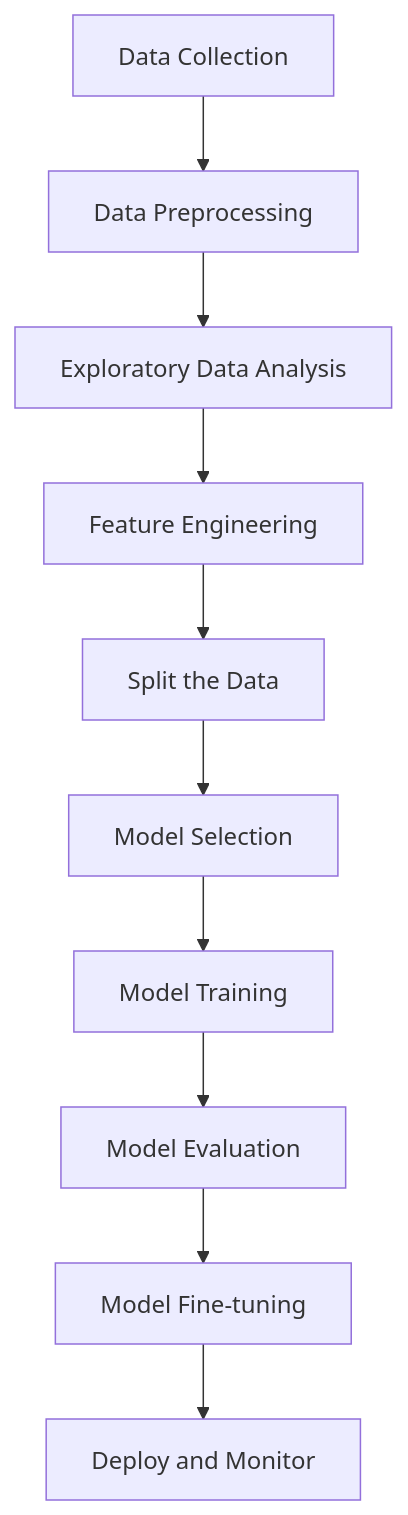
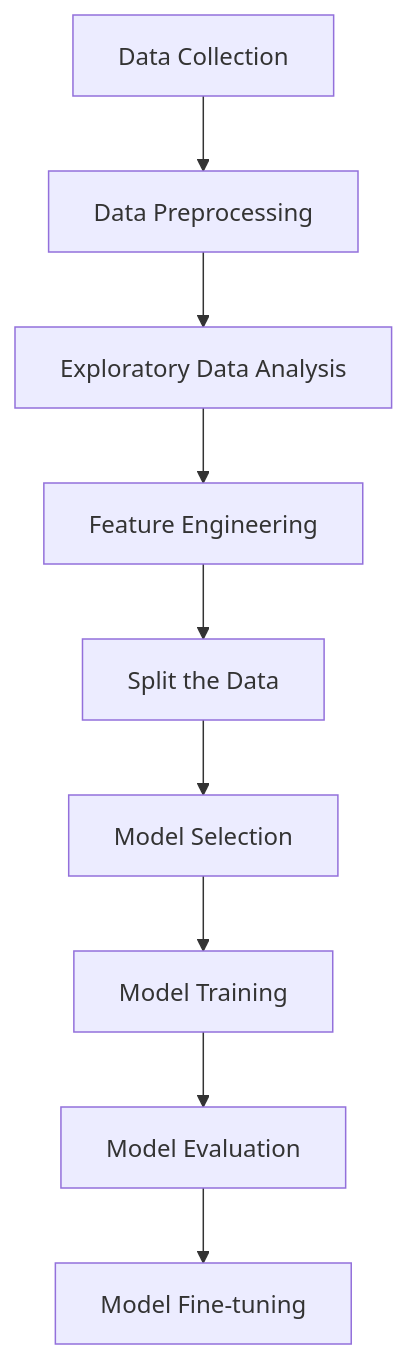
The diagram in README.md (Holarkunbi/usedCarPricePrediction), drawn with Mermaid before and after one commit. The commit also changed other lines of this file, not shown here.

````diff
--- a/README.md
+++ b/README.md
@@ -11,14 +11,13 @@
 ```mermaid
 graph TD
 A[Data Collection]
 A --> B[Data Preprocessing]
 B --> C[Exploratory Data Analysis]
 C --> D[Feature Engineering]
 D --> E[Split the Data]
 E --> F[Model Selection]
 F --> G[Model Training]
 G --> H[Model Evaluation]
 H --> I[Model Fine-tuning]
-I --> J[Deploy and Monitor]
 
 ```
````
